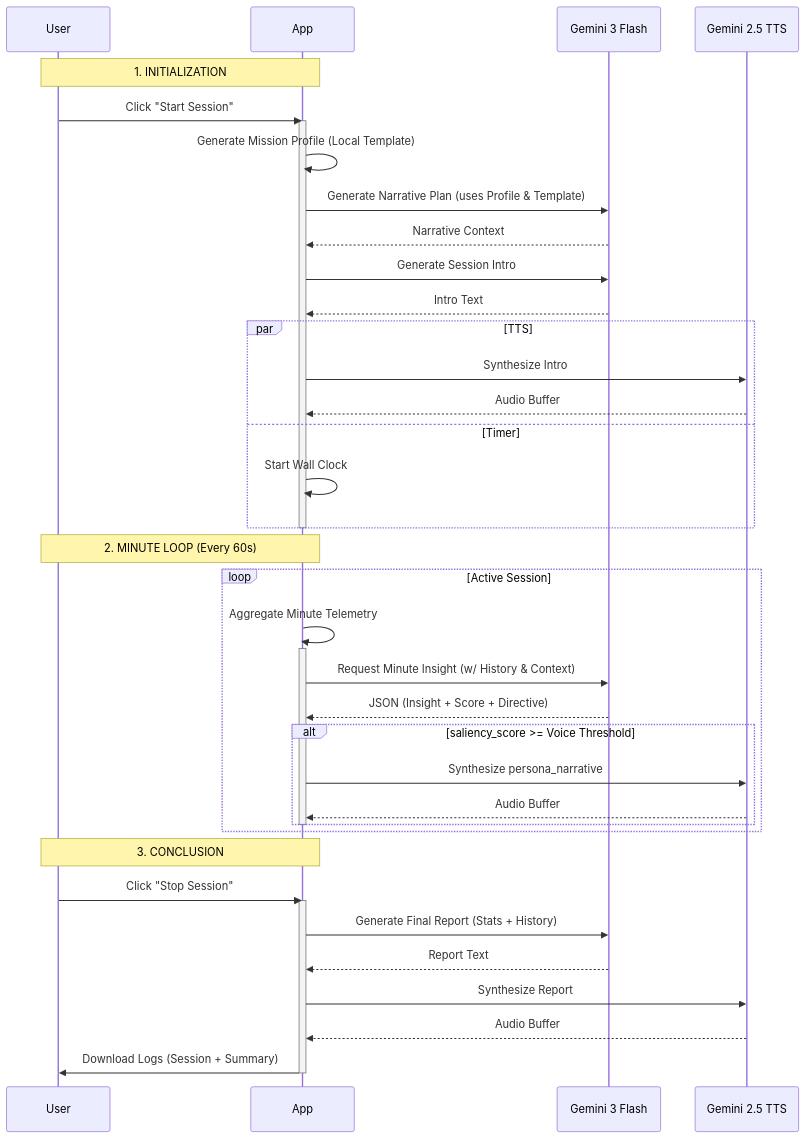
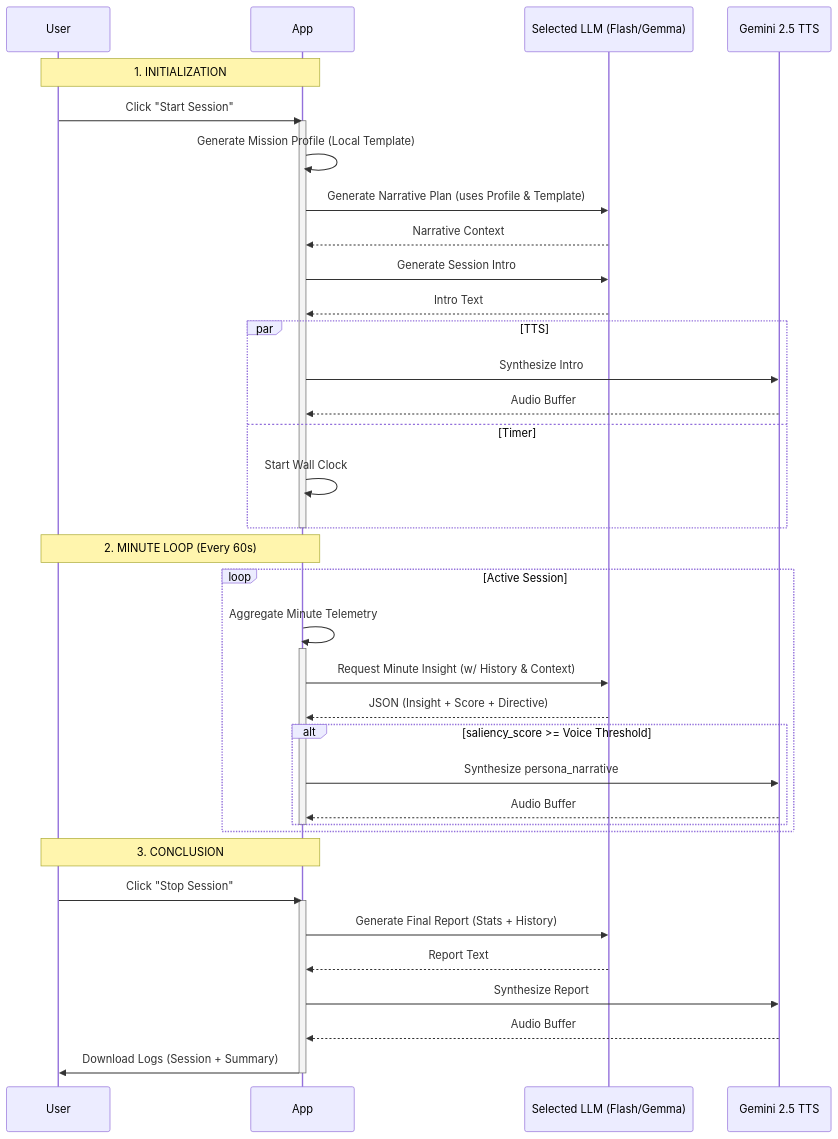
The diagram in llm.md (frogofprey/aahrm_vibe_proto), drawn with Mermaid before and after one commit. The commit also changed other lines of this file and 8 other files, not shown here.

First line of the commit message:
refactor: Update LLM model selection and narrative plan generation

````diff
--- a/llm.md
+++ b/llm.md
@@ -124,47 +129,47 @@
 ```mermaid
 sequenceDiagram
     participant User
     participant App
-    participant Flash as Gemini 3 Flash
+    participant AI as Selected LLM (Flash/Gemma)
     participant TTS as Gemini 2.5 TTS
 
     Note over User, App: 1. INITIALIZATION
     User->>App: Click "Start Session"
     activate App
     App->>App: Generate Mission Profile (Local Template)
-    App->>Flash: Generate Narrative Plan (uses Profile & Template)
-    Flash-->>App: Narrative Context
-    App->>Flash: Generate Session Intro
-    Flash-->>App: Intro Text
+    App->>AI: Generate Narrative Plan (uses Profile & Template)
+    AI-->>App: Narrative Context
+    App->>AI: Generate Session Intro
+    AI-->>App: Intro Text
     par TTS
         App->>TTS: Synthesize Intro
         TTS-->>App: Audio Buffer
     and Timer
         App->>App: Start Wall Clock
     end
     deactivate App
 
     Note over User, App: 2. MINUTE LOOP (Every 60s)
     loop Active Session
         App->>App: Aggregate Minute Telemetry
         activate App
-        App->>Flash: Request Minute Insight (w/ History & Context)
-        Flash-->>App: JSON (Insight + Score + Directive)
+        App->>AI: Request Minute Insight (w/ History & Context)
+        AI-->>App: JSON (Insight + Score + Directive)
         
         alt saliency_score >= Voice Threshold
             App->>TTS: Synthesize persona_narrative
             TTS-->>App: Audio Buffer
         end
         deactivate App
     end
 
     Note over User, App: 3. CONCLUSION
     User->>App: Click "Stop Session"
     activate App
-    App->>Flash: Generate Final Report (Stats + History)
-    Flash-->>App: Report Text
+    App->>AI: Generate Final Report (Stats + History)
+    AI-->>App: Report Text
     App->>TTS: Synthesize Report
     TTS-->>App: Audio Buffer
     App->>User: Download Logs (Session + Summary)
     deactivate App
 ```
````
